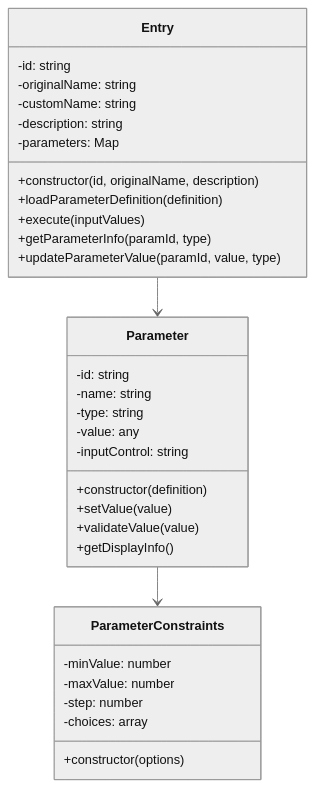
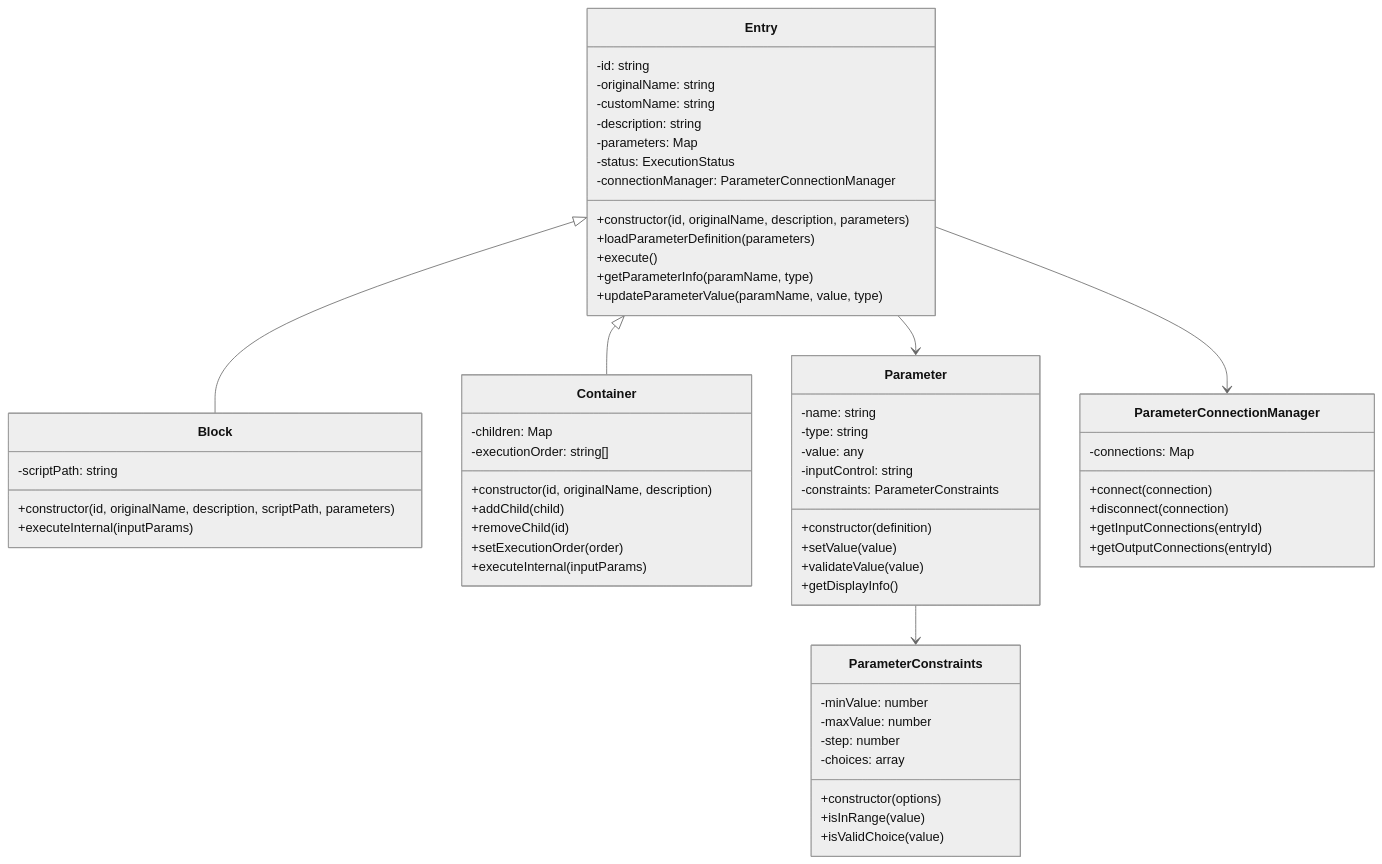
The first of 2 diagrams in doc/plan02_BaseClass.md (acchi17/FlowBuilder), drawn with Mermaid (neutral theme) before and after one commit. The commit also changed other lines of this file and 20 other files, not shown here.

Commit message:
Updated the process and software structure related to the block execution function

````diff
--- a/doc/plan02_BaseClass.md
+++ b/doc/plan02_BaseClass.md
@@ -15,35 +17,63 @@
 ```mermaid
 classDiagram
     class Entry {
         -id: string
         -originalName: string
         -customName: string
         -description: string
         -parameters: Map
+        -status: ExecutionStatus
+        -connectionManager: ParameterConnectionManager
+        +constructor(id, originalName, description, parameters)
+        +loadParameterDefinition(parameters)
+        +execute()
+        +getParameterInfo(paramName, type)
+        +updateParameterValue(paramName, value, type)
+    }
+    class Block {
+        -scriptPath: string
+        +constructor(id, originalName, description, scriptPath, parameters)
+        +executeInternal(inputParams)
+    }
+    class Container {
+        -children: Map
+        -executionOrder: string[]
         +constructor(id, originalName, description)
-        +loadParameterDefinition(definition)
-        +execute(inputValues)
-        +getParameterInfo(paramId, type)
-        +updateParameterValue(paramId, value, type)
+        +addChild(child)
+        +removeChild(id)
+        +setExecutionOrder(order)
+        +executeInternal(inputParams)
     }
     class Parameter {
-        -id: string
         -name: string
         -type: string
         -value: any
         -inputControl: string
+        -constraints: ParameterConstraints
         +constructor(definition)
         +setValue(value)
         +validateValue(value)
         +getDisplayInfo()
     }
     class ParameterConstraints {
         -minValue: number
         -maxValue: number
         -step: number
         -choices: array
         +constructor(options)
+        +isInRange(value)
+        +isValidChoice(value)
     }
+    class ParameterConnectionManager {
+        -connections: Map
+        +connect(connection)
+        +disconnect(connection)
+        +getInputConnections(entryId)
+        +getOutputConnections(entryId)
+    }
+    Entry <|-- Block
+    Entry <|-- Container
     Entry --> Parameter
     Parameter --> ParameterConstraints
+    Entry --> ParameterConnectionManager
 ```
````
